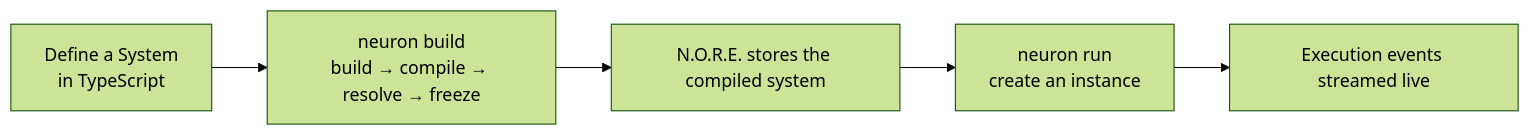
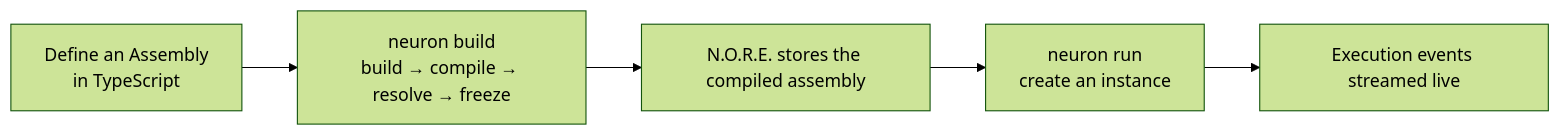
Before and after one commit to neuron-runtime/neuron: the first of 2 diagrams in docs/GETTING_STARTED.md, drawn with Mermaid (forest theme). The commit also changed other lines of this file and 119 other files, not shown here.

````diff
--- a/docs/GETTING_STARTED.md
+++ b/docs/GETTING_STARTED.md
@@ -5,7 +5,7 @@
 ```mermaid
 flowchart LR
-    A[Define a System<br/>in TypeScript] --> B[neuron build<br/>build → compile → resolve → freeze]
-    B --> C[N.O.R.E. stores the compiled system]
+    A[Define an Assembly<br/>in TypeScript] --> B[neuron build<br/>build → compile → resolve → freeze]
+    B --> C[N.O.R.E. stores the compiled assembly]
     C --> D[neuron run<br/>create an instance]
     D --> E[Execution events streamed live]
 ```
````
